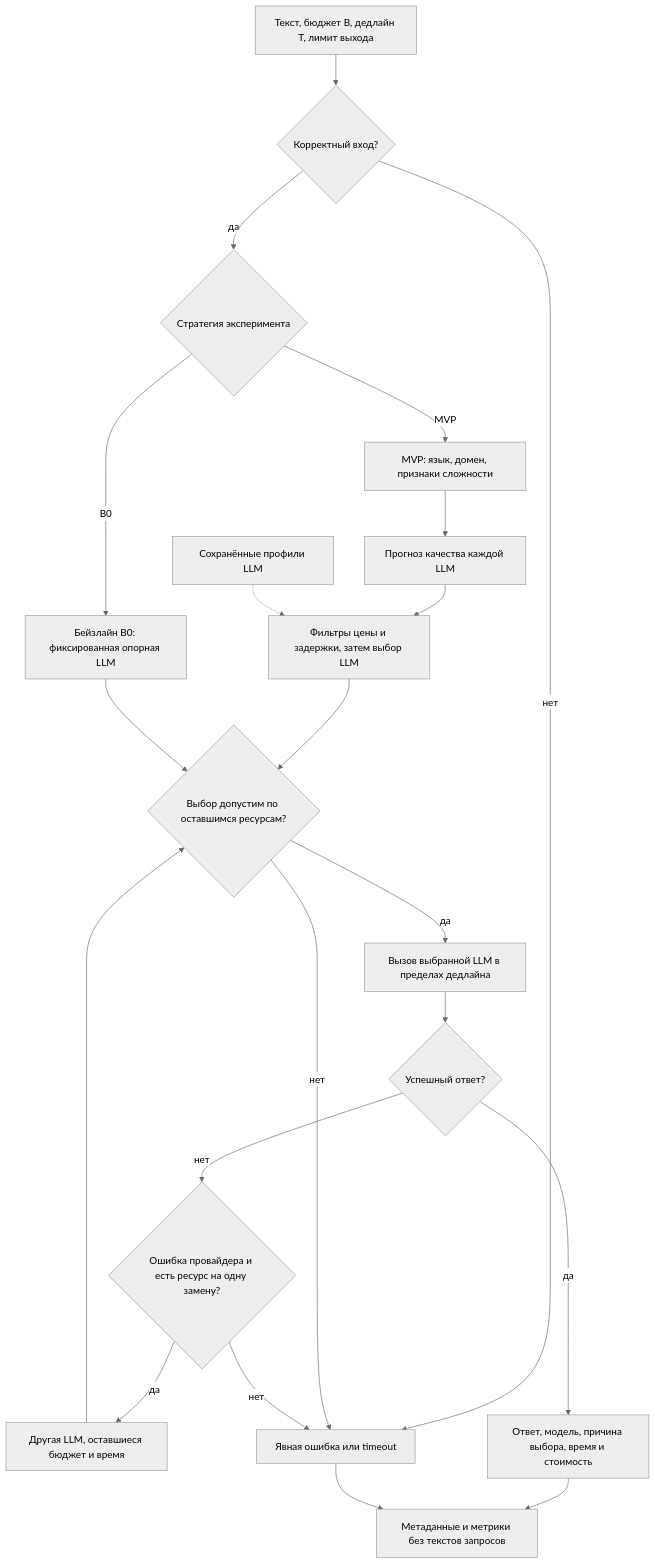
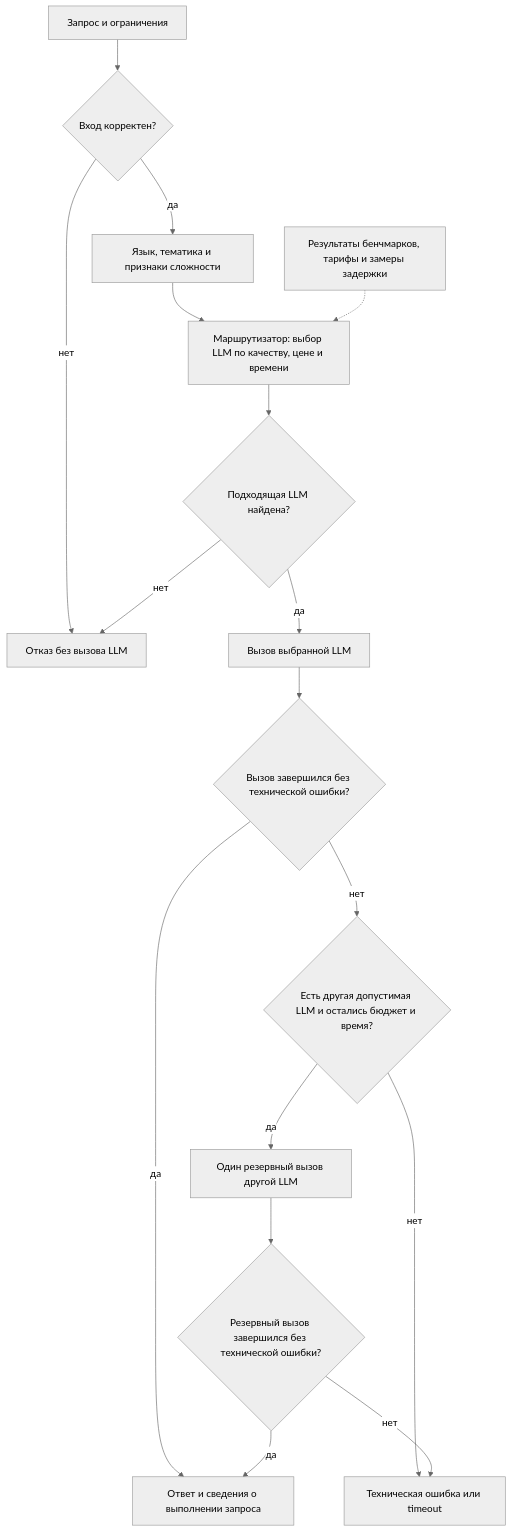
Before and after one commit to Mixlazer/ML_Sys_Design_HW: the second of 2 diagrams in docs/ml_system_design_doc.md, drawn with Mermaid (neutral theme). The commit also changed other lines of this file, not shown here.

Commit message:
Simplify MVP V1 methodology and clarify routing diagrams

````diff
--- a/docs/ml_system_design_doc.md
+++ b/docs/ml_system_design_doc.md
@@ -226,38 +223,19 @@
 ```mermaid
 flowchart TD
-IN["Текст, бюджет B, дедлайн T, лимит выхода"]
-CHECK{"Корректный вход?"}
-MODE{"Стратегия эксперимента"}
-BASE["Бейзлайн B0: фиксированная опорная LLM"]
-FEATURES["MVP: язык, домен, признаки сложности"]
-PRED["Прогноз качества каждой LLM"]
-PICK["Фильтры цены и задержки, затем выбор LLM"]
-GUARD{"Выбор допустим по оставшимся ресурсам?"}
-CALL["Вызов выбранной LLM в пределах дедлайна"]
-OK{"Успешный ответ?"}
-RETRY{"Ошибка провайдера и есть ресурс на одну замену?"}
-FALLBACK["Другая LLM, оставшиеся бюджет и время"]
-ERR["Явная ошибка или timeout"]
-OUT["Ответ, модель, причина выбора, время и стоимость"]
-LOG["Метаданные и метрики без текстов запросов"]
-IN --> CHECK
-CHECK -->|"нет"| ERR
-CHECK -->|"да"| MODE
-MODE -->|"B0"| BASE
-MODE -->|"MVP"| FEATURES
-FEATURES --> PRED
-PRED --> PICK
-PICK --> GUARD
-BASE --> GUARD
-GUARD -->|"да"| CALL
-GUARD -->|"нет"| ERR
-CALL --> OK
-OK -->|"да"| OUT
-OK -->|"нет"| RETRY
-RETRY -->|"да"| FALLBACK
-FALLBACK --> GUARD
-RETRY -->|"нет"| ERR
-OUT --> LOG
-ERR --> LOG
-PROFILES["Сохранённые профили LLM"] -.-> PICK
+    REQUEST["Запрос и ограничения"] --> VALID{"Вход корректен?"}
+    VALID -->|"нет"| REJECT["Отказ без вызова LLM"]
+    VALID -->|"да"| ANALYZE["Язык, тематика и признаки сложности"]
+    ANALYZE --> SELECT["Маршрутизатор: выбор LLM по качеству, цене и времени"]
+    PROFILES["Результаты бенчмарков, тарифы и замеры задержки"] -.-> SELECT
+    SELECT --> AVAILABLE{"Подходящая LLM найдена?"}
+    AVAILABLE -->|"нет"| REJECT
+    AVAILABLE -->|"да"| CALL["Вызов выбранной LLM"]
+    CALL --> RECEIVED{"Вызов завершился без технической ошибки?"}
+    RECEIVED -->|"да"| RESPONSE["Ответ и сведения о выполнении запроса"]
+    RECEIVED -->|"нет"| CAN_RETRY{"Есть другая допустимая LLM и остались бюджет и время?"}
+    CAN_RETRY -->|"нет"| ERROR["Техническая ошибка или timeout"]
+    CAN_RETRY -->|"да"| RETRY["Один резервный вызов другой LLM"]
+    RETRY --> RETRY_OK{"Резервный вызов завершился без технической ошибки?"}
+    RETRY_OK -->|"да"| RESPONSE
+    RETRY_OK -->|"нет"| ERROR
 ```
````
